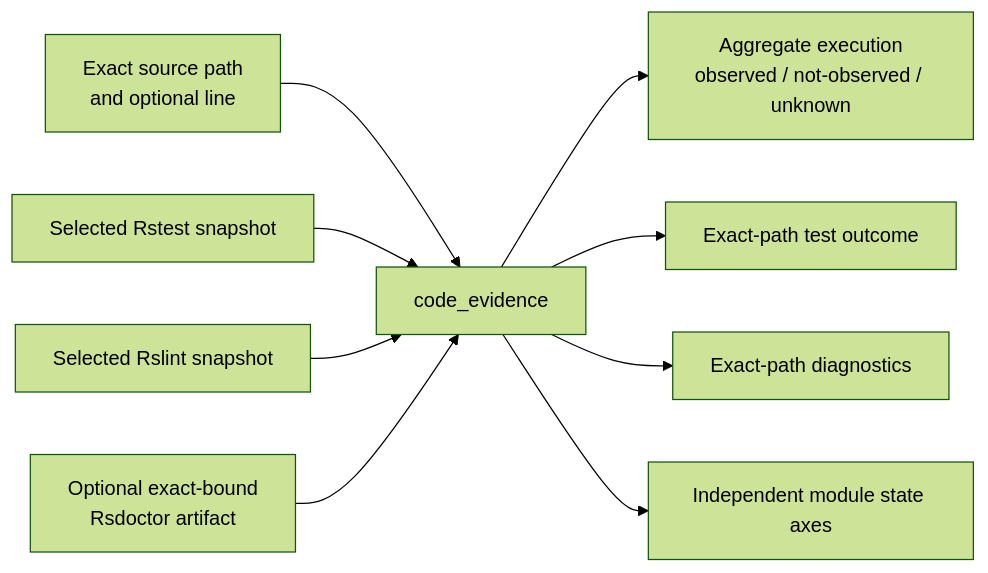
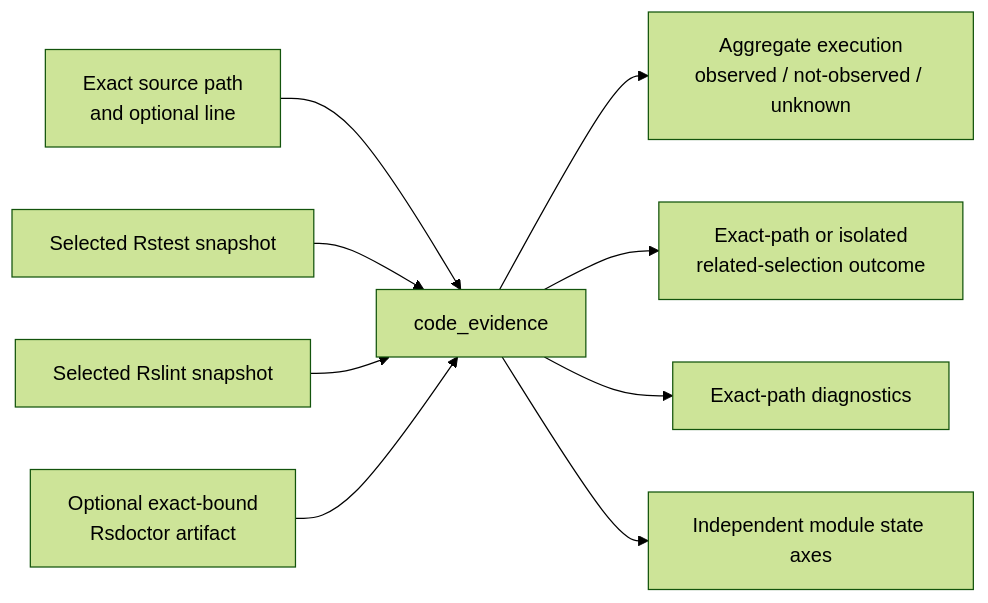
Before and after one commit to rstackjs/context: the fifth of 8 diagrams in docs/rfc.md, drawn with Mermaid (forest theme). The commit also changed other lines of this file and 6 other files, not shown here.

Commit message:
feat: explain related test outcomes

````diff
--- a/docs/rfc.md
+++ b/docs/rfc.md
@@ -339,11 +341,11 @@
 ```mermaid
 flowchart LR
   Path["Exact source path<br/>and optional line"] --> Join["code_evidence"]
   Test["Selected Rstest snapshot"] --> Join
   Lint["Selected Rslint snapshot"] --> Join
   Artifact["Optional exact-bound<br/>Rsdoctor artifact"] --> Join
   Join --> Coverage["Aggregate execution<br/>observed / not-observed / unknown"]
-  Join --> Outcome["Exact-path test outcome"]
+  Join --> Outcome["Exact-path or isolated<br/>related-selection outcome"]
   Join --> Diagnostics["Exact-path diagnostics"]
   Join --> Module["Independent module state axes"]
 ```
````
